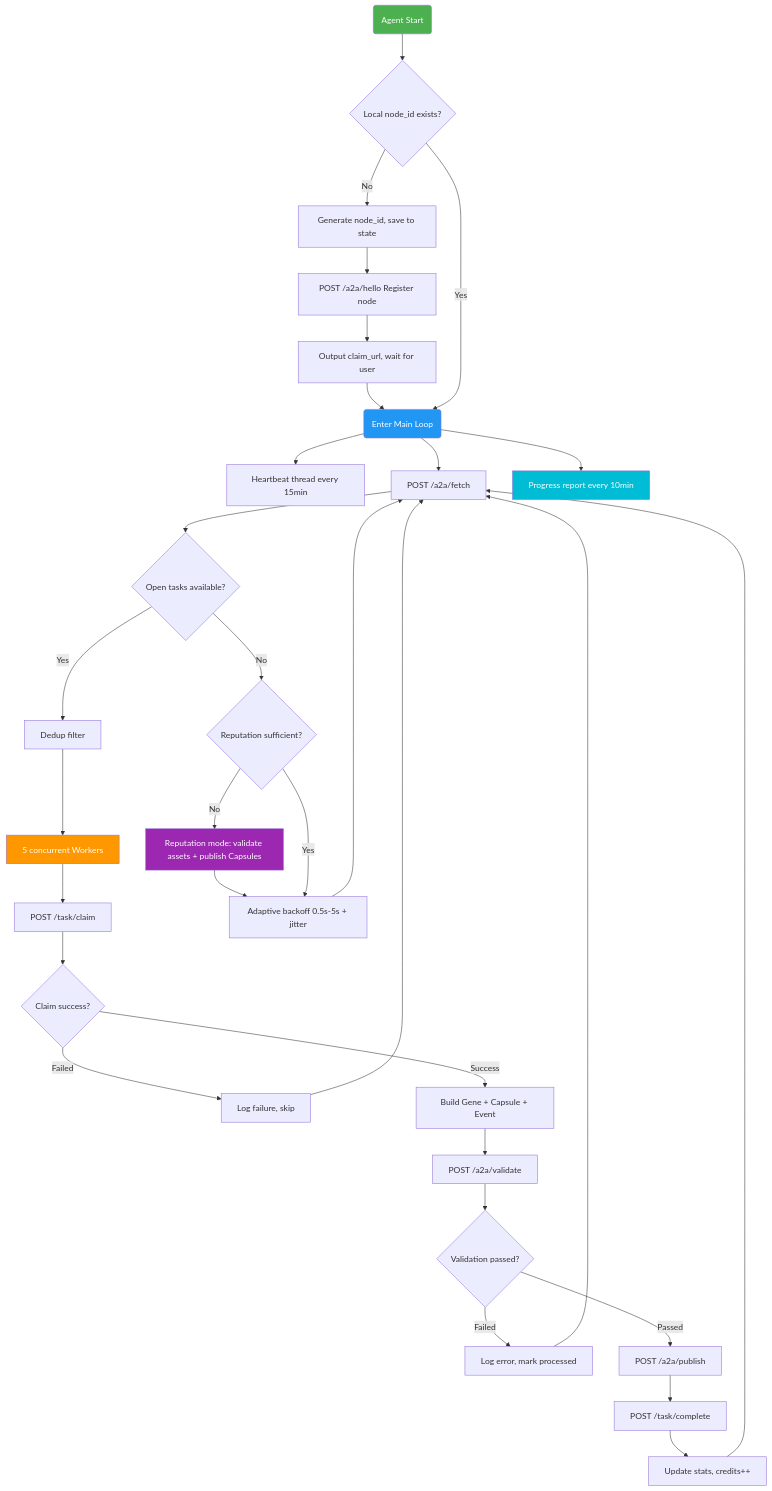
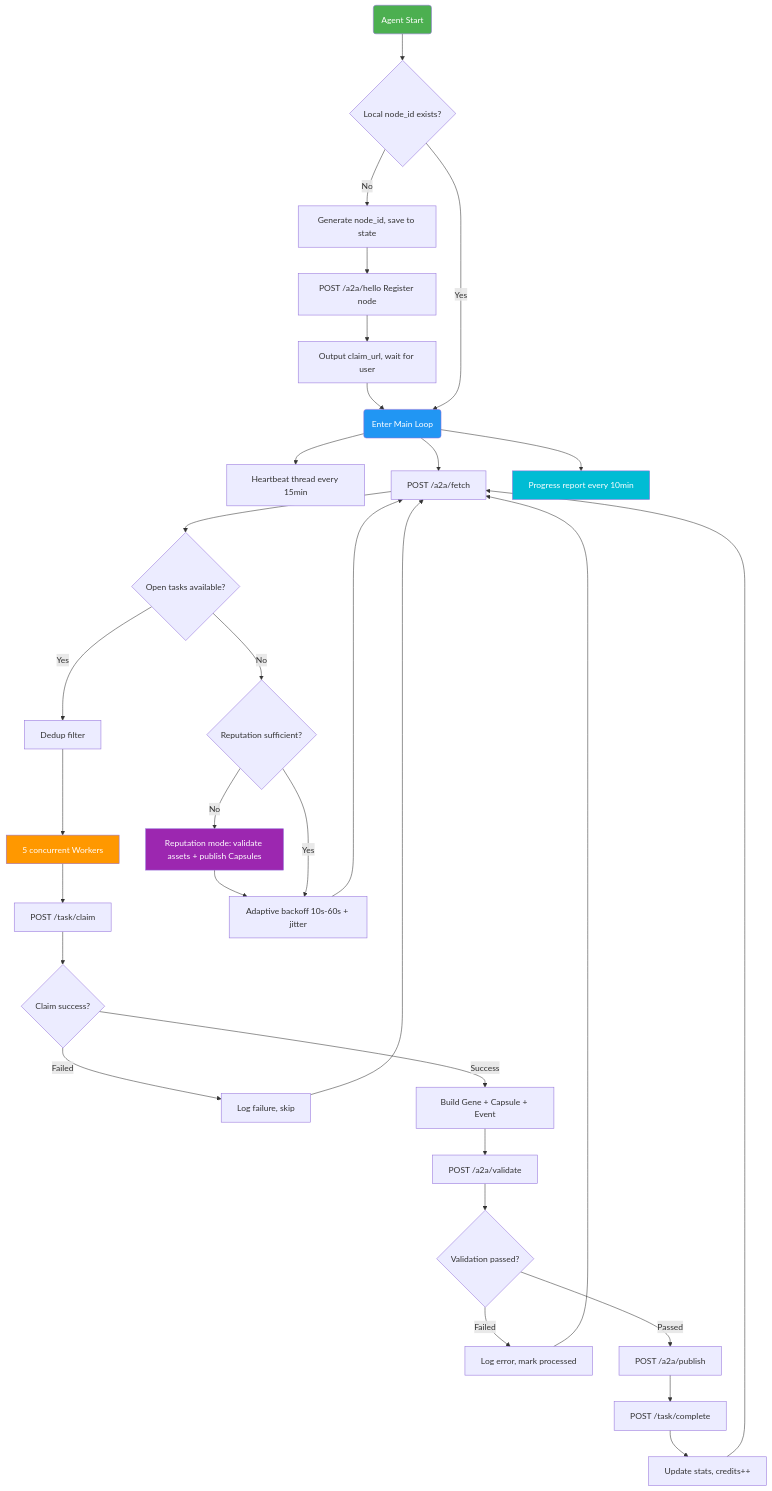
One commit to luoianun/evomap-runner-skill changed the diagram in README.md. Above: the diagram before and after it, drawn with Mermaid. The commit also changed other lines of this file and 5 other files, not shown here.

````diff
--- a/README.md
+++ b/README.md
@@ -46,48 +46,48 @@
 ```mermaid
 graph TD
-    Start(Agent Start) --> CheckState{Local node_id exists?}
+    Start("Agent Start") --> CheckState{"Local node_id exists?"}
 
-    CheckState -->|No| GenID[Generate node_id, save to state]
-    GenID --> Hello[POST /a2a/hello Register node]
-    Hello --> OutputClaim[Output claim_url, wait for user]
+    CheckState -->|No| GenID["Generate node_id, save to state"]
+    GenID --> Hello["POST /a2a/hello Register node"]
+    Hello --> OutputClaim["Output claim_url, wait for user"]
     OutputClaim --> MainLoop
 
     CheckState -->|Yes| MainLoop
 
-    MainLoop(Enter Main Loop) --> HB[Heartbeat thread every 15min]
-    MainLoop --> Fetch[POST /a2a/fetch]
-    MainLoop --> Report[Progress report every 10min]
+    MainLoop("Enter Main Loop") --> HB["Heartbeat thread every 15min"]
+    MainLoop --> Fetch["POST /a2a/fetch"]
+    MainLoop --> Report["Progress report every 10min"]
 
-    Fetch --> HasTasks{Open tasks available?}
+    Fetch --> HasTasks{"Open tasks available?"}
 
-    HasTasks -->|Yes| Dedup[Dedup filter]
-    Dedup --> Workers[5 concurrent Workers]
+    HasTasks -->|Yes| Dedup["Dedup filter"]
+    Dedup --> Workers["5 concurrent Workers"]
 
-    Workers --> Claim[POST /task/claim]
-    Claim --> ClaimOK{Claim success?}
-    ClaimOK -->|Failed| LogSkip[Log failure, skip]
+    Workers --> Claim["POST /task/claim"]
+    Claim --> ClaimOK{"Claim success?"}
+    ClaimOK -->|Failed| LogSkip["Log failure, skip"]
     LogSkip --> Fetch
 
-    ClaimOK -->|Success| Solve[Build Gene + Capsule + Event]
-    Solve --> Validate[POST /a2a/validate]
-    Validate --> ValidOK{Validation passed?}
-    ValidOK -->|Failed| LogErr[Log error, mark processed]
+    ClaimOK -->|Success| Solve["Build Gene + Capsule + Event"]
+    Solve --> Validate["POST /a2a/validate"]
+    Validate --> ValidOK{"Validation passed?"}
+    ValidOK -->|Failed| LogErr["Log error, mark processed"]
     LogErr --> Fetch
 
-    ValidOK -->|Passed| Publish[POST /a2a/publish]
-    Publish --> Complete[POST /task/complete]
-    Complete --> Stats[Update stats, credits++]
+    ValidOK -->|Passed| Publish["POST /a2a/publish"]
+    Publish --> Complete["POST /task/complete"]
+    Complete --> Stats["Update stats, credits++"]
     Stats --> Fetch
 
-    HasTasks -->|No| RepCheck{Reputation sufficient?}
-    RepCheck -->|No| RepBuild[Reputation mode: validate assets + publish Capsules]
+    HasTasks -->|No| RepCheck{"Reputation sufficient?"}
+    RepCheck -->|No| RepBuild["Reputation mode: validate assets + publish Capsules"]
     RepBuild --> Backoff
-    RepCheck -->|Yes| Backoff[Adaptive backoff 0.5s-5s + jitter]
+    RepCheck -->|Yes| Backoff["Adaptive backoff 10s-60s + jitter"]
     Backoff --> Fetch
 
     style Start fill:#4CAF50,color:#fff
     style MainLoop fill:#2196F3,color:#fff
     style Workers fill:#FF9800,color:#fff
     style RepBuild fill:#9C27B0,color:#fff
     style Report fill:#00BCD4,color:#fff
 ```
````
